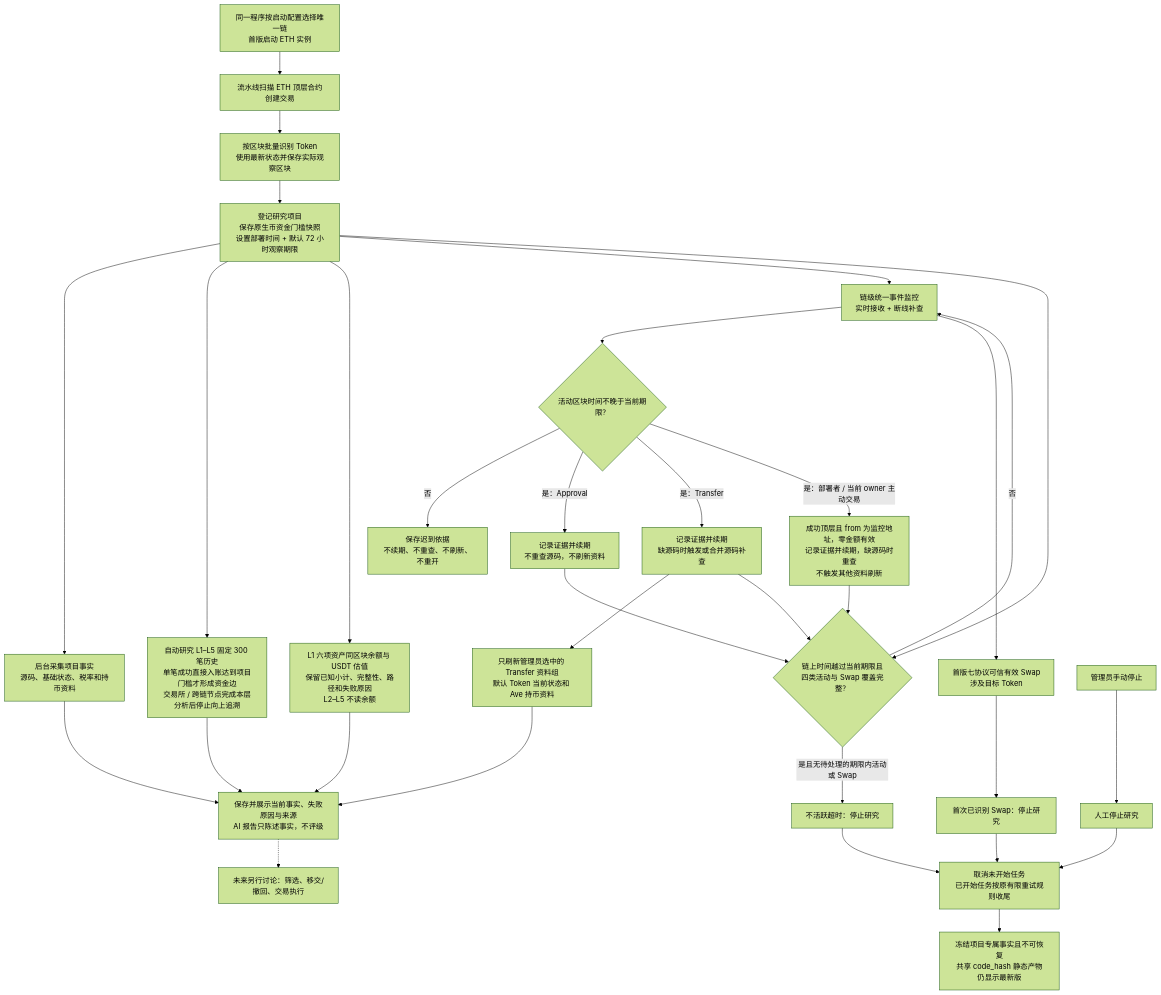
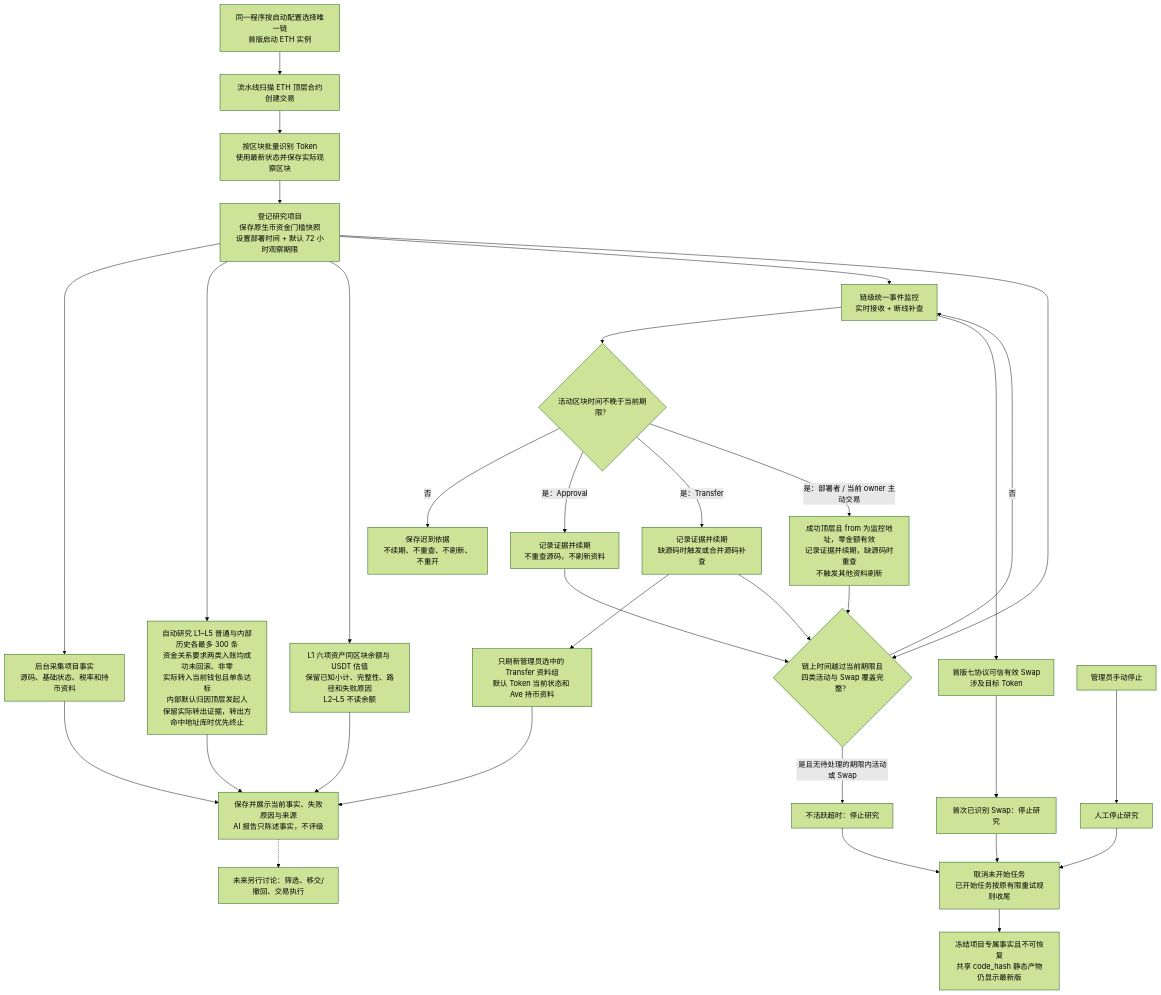
One commit to useryege/athena-o changed the diagram in docs/requirements/token/token-overall-flow.md. Above: the diagram before and after it, drawn with Mermaid (forest theme). The commit also changed other lines of this file and 19 other files, not shown here.

````diff
--- a/docs/requirements/token/token-overall-flow.md
+++ b/docs/requirements/token/token-overall-flow.md
@@ -11,38 +11,38 @@
 ```mermaid
 flowchart TD
     runtime["同一程序按启动配置选择唯一链<br/>首版启动 ETH 实例"] --> deployed["流水线扫描 ETH 顶层合约创建交易"]
     deployed --> identify["按区块批量识别 Token<br/>使用最新状态并保存实际观察区块"]
     identify --> setup["登记研究项目<br/>保存原生币资金门槛快照<br/>设置部署时间 + 默认 72 小时观察期限"]
     setup --> collect["后台采集项目事实<br/>源码、基础状态、税率和持币资料"]
     collect --> display["保存并展示当前事实、失败原因与来源<br/>AI 报告只陈述事实，不评级"]
-    setup --> wallets["自动研究 L1–L5 固定 300 笔历史<br/>单笔成功直接入账达到项目门槛才形成资金边<br/>交易所 / 跨链节点完成本层分析后停止向上追溯"]
+    setup --> wallets["自动研究 L1–L5 普通与内部历史各最多 300 条<br/>资金关系要求两类入账均成功未回滚、非零<br/>实际转入当前钱包且单条达标<br/>内部默认归因顶层发起人<br/>保留实际转出证据，转出方命中地址库时优先终止"]
     wallets --> display
     setup --> assets["L1 六项资产同区块余额与 USDT 估值<br/>保留已知小计、完整性、路径和失败原因<br/>L2–L5 不读余额"]
     assets --> display
 
     setup --> monitor["链级统一事件监控<br/>实时接收 + 断线补查"]
     monitor --> eligible{"活动区块时间不晚于当前期限？"}
     eligible -->|否| late["保存迟到依据<br/>不续期、不重查、不刷新、不重开"]
     eligible -->|是：Approval| approval["记录证据并续期<br/>不重查源码，不刷新资料"]
     eligible -->|是：Transfer| transfer["记录证据并续期<br/>缺源码时触发或合并源码补查"]
     eligible -->|是：部署者 / 当前 owner 主动交易| walletTx["成功顶层且 from 为监控地址，零金额有效<br/>记录证据并续期，缺源码时重查<br/>不触发其他资料刷新"]
     transfer --> refresh["只刷新管理员选中的 Transfer 资料组<br/>默认 Token 当前状态和 Ave 持币资料"]
     refresh --> display
 
     monitor --> swap["首版七协议可信有效 Swap<br/>涉及目标 Token"]
     swap --> stopSwap["首次已识别 Swap：停止研究"]
     setup --> timeout{"链上时间越过当前期限且<br/>四类活动与 Swap 覆盖完整？"}
     approval --> timeout
     transfer --> timeout
     walletTx --> timeout
     timeout -->|是且无待处理的期限内活动或 Swap| stopTimeout["不活跃超时：停止研究"]
     timeout -->|否| monitor
     admin["管理员手动停止"] --> stopManual["人工停止研究"]
 
     stopSwap --> settle["取消未开始任务<br/>已开始任务按原有限重试规则收尾"]
     stopTimeout --> settle
     stopManual --> settle
     settle --> freeze["冻结项目专属事实且不可恢复<br/>共享 code_hash 静态产物仍显示最新版"]
 
     display -.-> future["未来另行讨论：筛选、移交/撤回、交易执行"]
 ```
````
